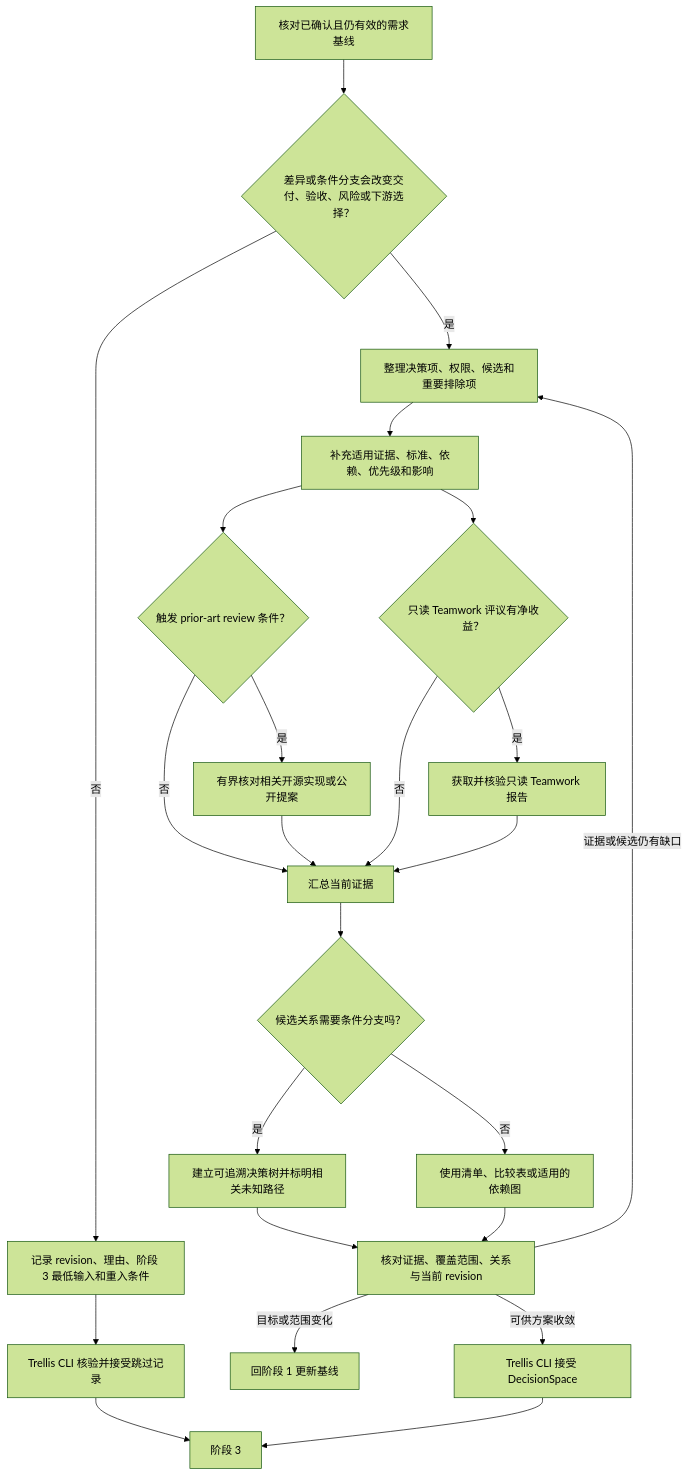
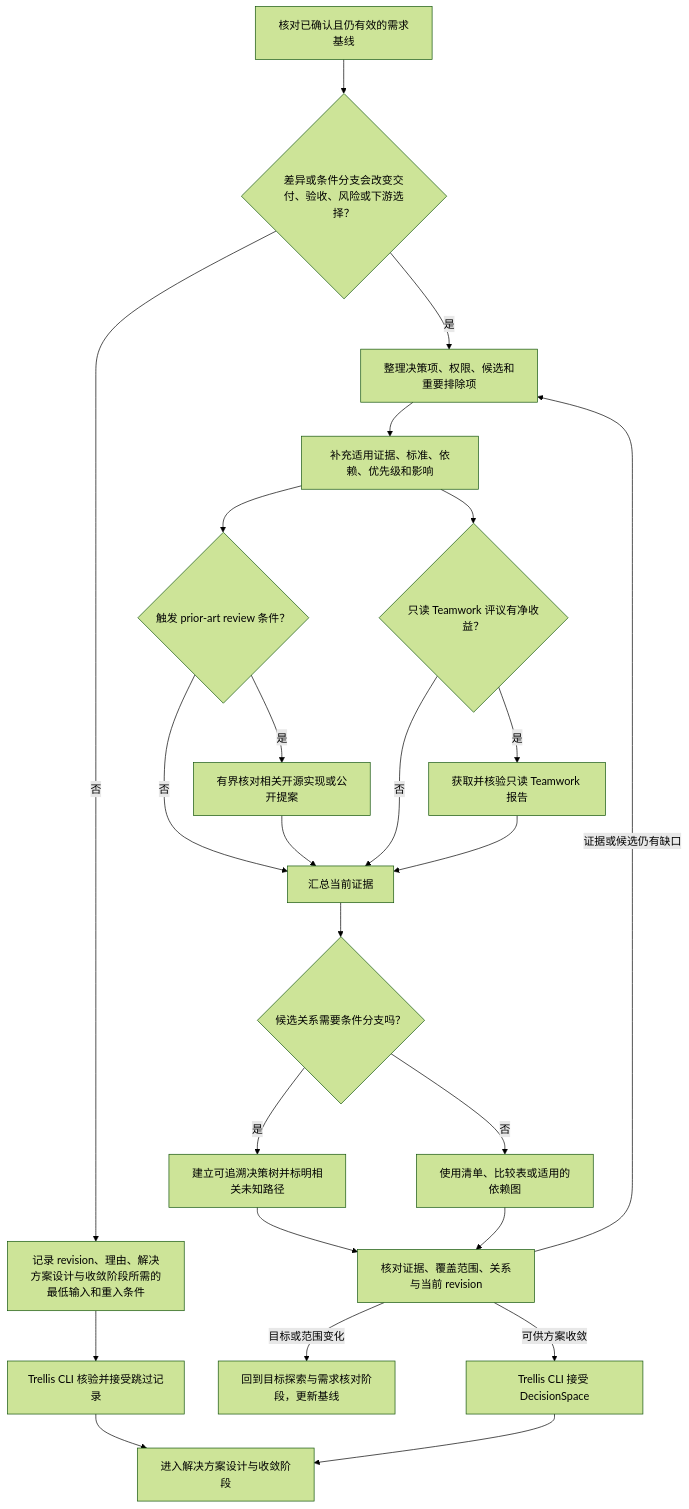
One commit to PennixRv/Trellis changed the diagram in packages/cli/src/templates/common/bundled-skills/trellis-decision-space-construction-and-merging/workflow.md. Above: the diagram before and after it, drawn with Mermaid (forest theme). The commit also changed other lines of this file and 74 other files, not shown here.

````diff
--- a/packages/cli/src/templates/common/bundled-skills/trellis-decision-space-construction-and-merging/workflow.md
+++ b/packages/cli/src/templates/common/bundled-skills/trellis-decision-space-construction-and-merging/workflow.md
@@ -9,26 +9,26 @@
 ```mermaid
 flowchart TD
   input["核对已确认且仍有效的需求基线"] --> material{"差异或条件分支会改变交付、验收、风险或下游选择？"}
-  material -->|"否"| skip["记录 revision、理由、阶段 3 最低输入和重入条件"]
+  material -->|"否"| skip["记录 revision、理由、解决方案设计与收敛阶段所需的最低输入和重入条件"]
   skip --> accepted["Trellis CLI 核验并接受跳过记录"]
   material -->|"是"| items["整理决策项、权限、候选和重要排除项"]
   items --> evidence["补充适用证据、标准、依赖、优先级和影响"]
   evidence --> prior{"触发 prior-art review 条件？"}
   prior -->|"是"| review["有界核对相关开源实现或公开提案"]
   prior -->|"否"| merge["汇总当前证据"]
   review --> merge
   evidence --> teamwork_gate{"只读 Teamwork 评议有净收益？"}
   teamwork_gate -->|"是"| teamwork["获取并核验只读 Teamwork 报告"]
   teamwork_gate -->|"否"| merge
   teamwork --> merge
   merge --> representation{"候选关系需要条件分支吗？"}
   representation -->|"是"| tree["建立可追溯决策树并标明相关未知路径"]
   representation -->|"否"| simple["使用清单、比较表或适用的依赖图"]
   tree --> assess["核对证据、覆盖范围、关系与当前 revision"]
   simple --> assess
-  assess -->|"目标或范围变化"| phase1["回阶段 1 更新基线"]
+  assess -->|"目标或范围变化"| goal_exploration_and_requirements["回到目标探索与需求核对阶段，更新基线"]
   assess -->|"证据或候选仍有缺口"| items
   assess -->|"可供方案收敛"| output["Trellis CLI 接受 DecisionSpace"]
-  accepted --> phase3["阶段 3"]
-  output --> phase3
+  accepted --> solution_design_and_convergence["进入解决方案设计与收敛阶段"]
+  output --> solution_design_and_convergence
 ```
````
